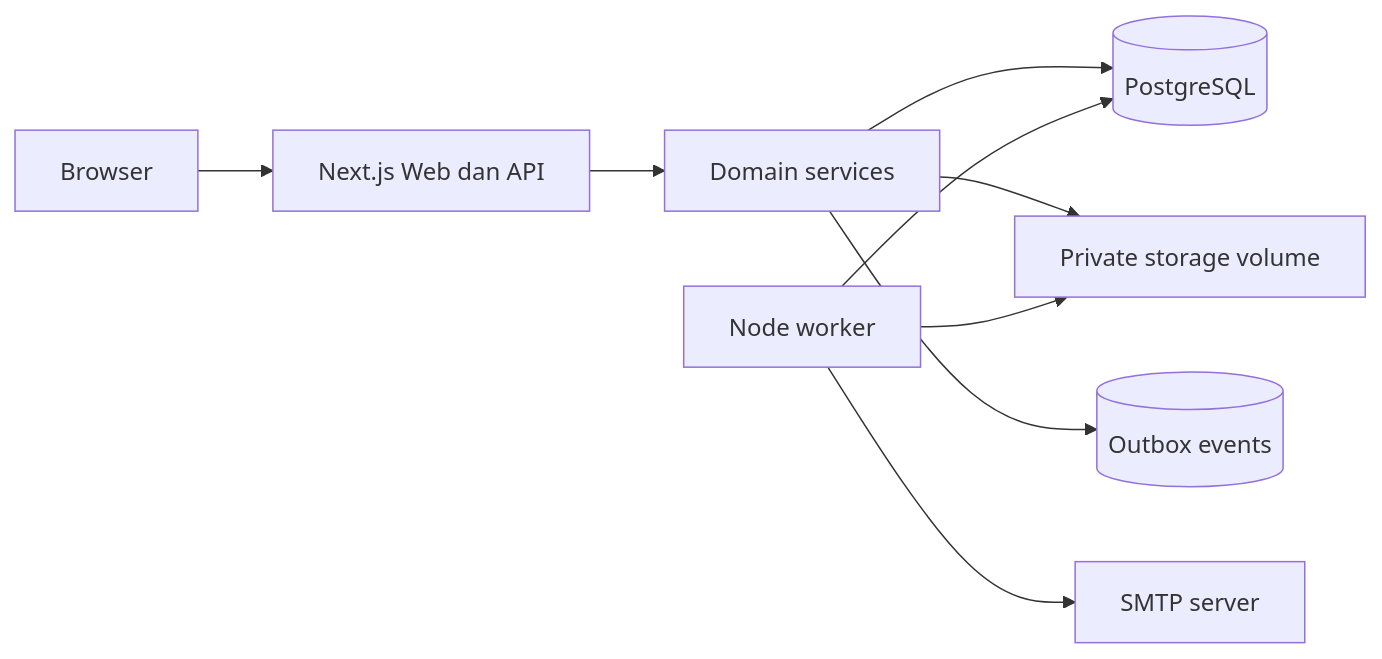
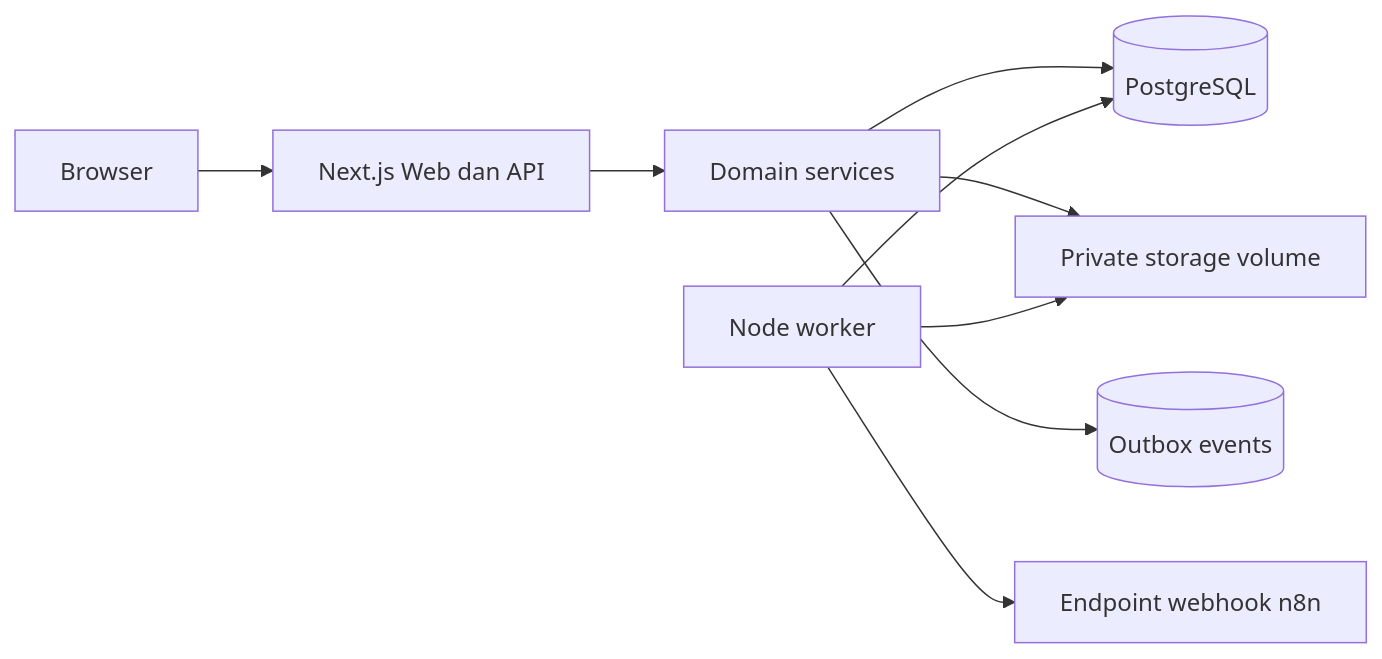
Before and after one commit to maskhar/lelang-project: the diagram in docs/SDD.md, drawn with Mermaid. The commit also changed other lines of this file and 5 other files, not shown here.

````diff
--- a/docs/SDD.md
+++ b/docs/SDD.md
@@ -27,11 +27,11 @@
 ```mermaid
 flowchart LR
   Browser --> Next[Next.js Web dan API]
   Next --> Services[Domain services]
   Services --> DB[(PostgreSQL)]
   Services --> Files[Private storage volume]
   Services --> Outbox[(Outbox events)]
   Worker[Node worker] --> DB
   Worker --> Files
-  Worker --> SMTP[SMTP server]
+  Worker --> Hooks[Endpoint webhook n8n]
 ```
````
